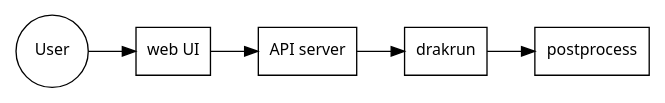
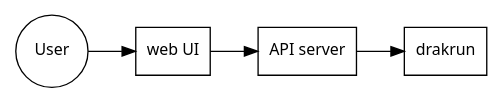
Before and after one commit to CERT-Polska/drakvuf-sandbox: the diagram in docs/sandbox_development.rst, drawn with Graphviz. The commit also changed other lines of this file and 11 other files, not shown here.

```diff
--- a/docs/sandbox_development.rst
+++ b/docs/sandbox_development.rst
@@ -14,22 +14,20 @@
 .. graphviz::
     :name: sphinx.ext.graphviz
     :caption: High-level view of component interactions
     :alt: How DRAKVUF Sandbox components interact with each other
     :align: center
 
      digraph "DRAKVUF Sandbox components" {
         rankdir=LR;
         node [fontname="Sans", fontsize="12"];
 
 
         user [label="User", shape="circle"];
         webui [label="web UI", shape="box"];
         api [label="API server", shape="box"];
         drakrun [label="drakrun", shape="box"];
-        postprocess [label="postprocess", shape="box"];
 
         user -> webui;
         webui -> api;
         api -> drakrun;
-        drakrun -> postprocess;
      }
```
